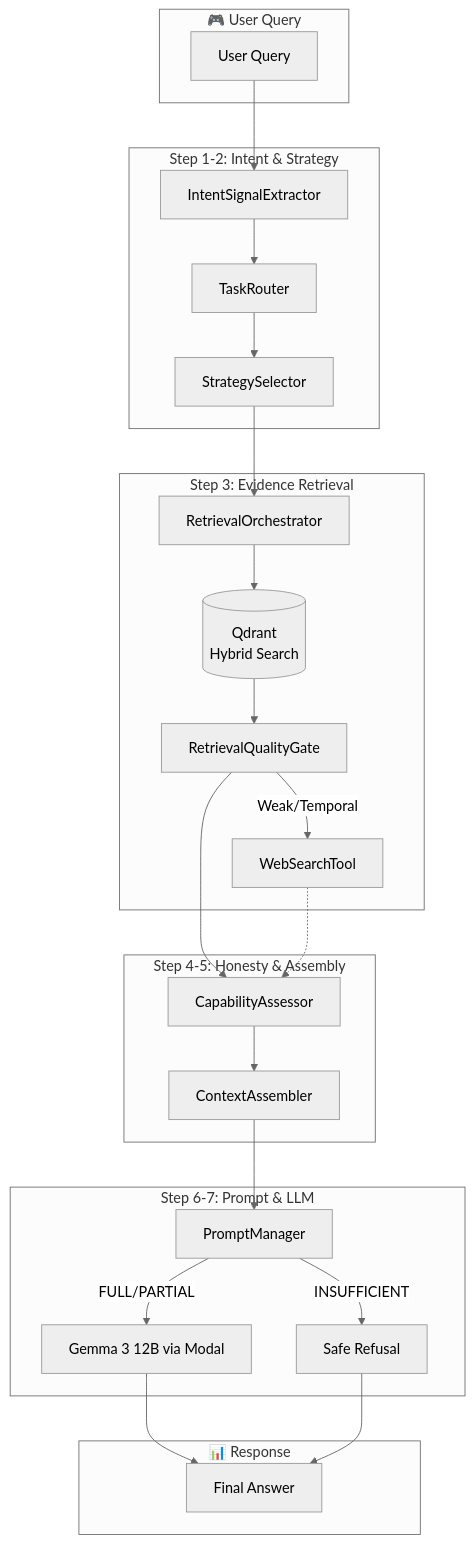
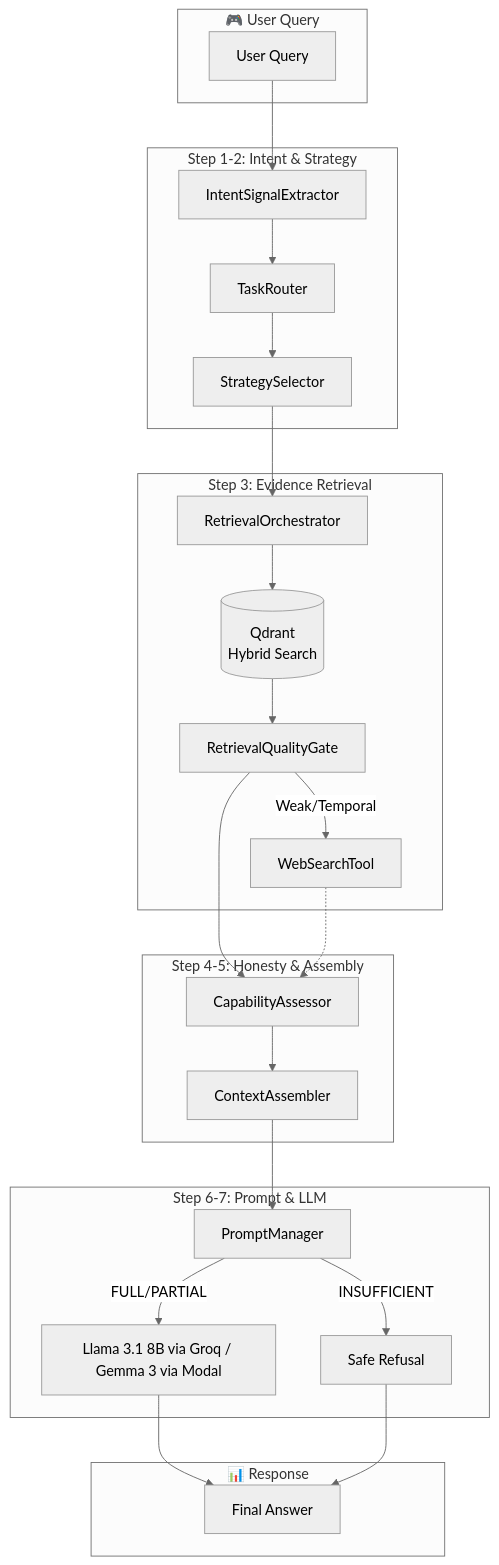
The first of 2 diagrams in README.md (SukeshShetty1010/RAGent), drawn with Mermaid (neutral theme) before and after one commit. The commit also changed other lines of this file and 1 other file, not shown here.

````diff
--- a/README.md
+++ b/README.md
@@ -27,47 +27,47 @@
 ```mermaid
 flowchart TB
     subgraph Input["🎮 User Query"]
         Q[User Query]
     end
     
     subgraph Routing["Step 1-2: Intent & Strategy"]
         IE[IntentSignalExtractor]
         TR[TaskRouter]
         SS[StrategySelector]
         Q --> IE
         IE --> TR
         TR --> SS
     end
     
     subgraph Retrieval["Step 3: Evidence Retrieval"]
         RO[RetrievalOrchestrator]
         WV[(Qdrant<br/>Hybrid Search)]
         QG[RetrievalQualityGate]
         WS[WebSearchTool]
         SS --> RO
         RO --> WV
         WV --> QG
         QG -->|Weak/Temporal| WS
     end
     
     subgraph Assessment["Step 4-5: Honesty & Assembly"]
         CA[CapabilityAssessor]
         CTX[ContextAssembler]
         QG --> CA
         WS -.-> CA
         CA --> CTX
     end
     
     subgraph Generation["Step 6-7: Prompt & LLM"]
         PM[PromptManager]
-        LLM[Gemma 3 12B via Modal]
+        LLM[Llama 3.1 8B via Groq / Gemma 3 via Modal]
         CTX --> PM
         PM -->|FULL/PARTIAL| LLM
         PM -->|INSUFFICIENT| REF[Safe Refusal]
     end
     
     subgraph Output["📊 Response"]
         LLM --> ANS[Final Answer]
         REF --> ANS
     end
 ```
````
